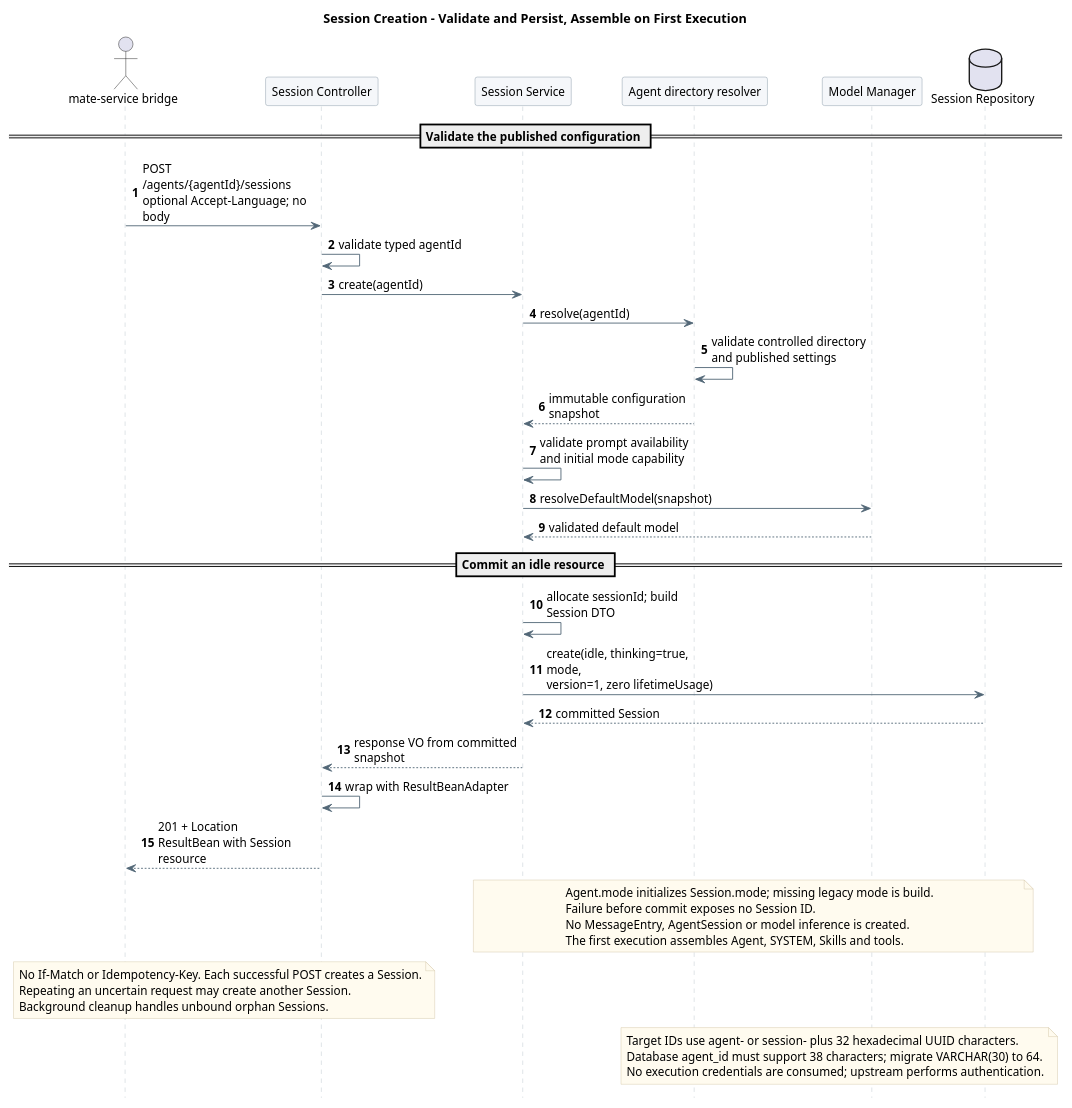
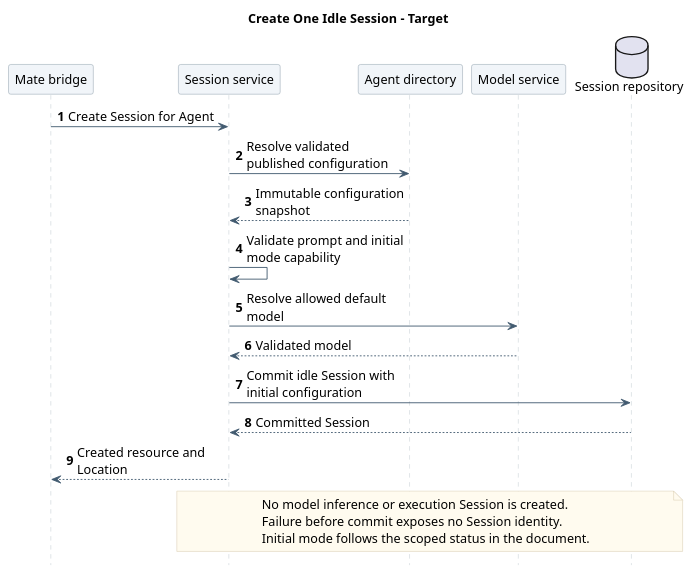
The first of 3 diagrams in 01-总体架构/01-CampusClaw多Agent运行时/设计图/会话生命周期/diagram.puml (ssm0808/pi-mono-java-design), drawn with PlantUML before and after one commit. The commit also changed other lines of this file and 120 other files, not shown here.

Commit message:
docs(diagrams): 统一全仓职责级时序图表达与校验

```diff
--- a/01-总体架构/01-CampusClaw多Agent运行时/设计图/会话生命周期/diagram.puml
+++ b/01-总体架构/01-CampusClaw多Agent运行时/设计图/会话生命周期/diagram.puml
@@ -1,89 +1,65 @@
 @startuml http_session_creation
-skinparam backgroundColor white
-skinparam defaultFontName SansSerif
-skinparam defaultFontSize 13
-skinparam shadowing false
-skinparam sequenceMessageAlign left
-skinparam maxMessageSize 190
-skinparam sequenceArrowColor #526777
-skinparam sequenceLifeLineBorderColor #BAC4CC
-skinparam sequenceParticipantBackgroundColor #F5F7FA
-skinparam sequenceParticipantBorderColor #8496A4
-skinparam sequenceGroupBackgroundColor #F5F7FA
-skinparam sequenceGroupBorderColor #BAC4CC
-skinparam noteBackgroundColor #FFFBEF
-skinparam noteBorderColor #D2C6A5
-hide footbox
-autonumber
 ' Source: pi-mono-java 09b32d8ea4a4b43b34be302d8b2745bdc417c9a2, modules/coding-agent-cli/src/main/java/com/campusclaw/codingagent/runtimeapi/session/RuntimeSessionService.java :: create/newSession; modules/coding-agent-cli/src/main/java/com/campusclaw/codingagent/runtime/AgentRuntimeManager.java :: prepare/refresh.
 ' Pending implementation: Agent mode is published through settings and copied on creation, never on recovery.
 ' Current scoped evidence: pi-mono-java f61906b9136246ca60f333704b6fc92b5420d0ec.
 ' campusclaw/src/main/java/com/huawei/hicampus/claw/codingagent/runtimeapi/session/RuntimeSessionService.java :: create, newSession.
 ' campusclaw/src/main/java/com/huawei/hicampus/claw/codingagent/runtimeapi/web/RuntimeSessionController.java :: create.
 ' Observed behavior at f61906b9: configuration and prompt availability are validated; idle thinking=true is persisted without AgentSession assembly.
 ' Pending implementation differences retained: copied Agent.mode and required plan capability follow the Plan Mode design.
-title Session Creation - Validate and Persist, Assemble on First Execution
-
 ' Source evidence (pi-mono-java PR 167 f60cc3e78bb8b700527ac082c7c8e10524ede095):
 ' modules/coding-agent-cli/src/main/java/com/campusclaw/codingagent/runtimeapi/session/RuntimeSessionService.java, create.
 ' modules/coding-agent-cli/src/main/java/com/campusclaw/codingagent/runtimeapi/agent/FileAgentDirectoryResolver.java, resolve.
 ' modules/coding-agent-cli/src/main/java/com/campusclaw/codingagent/runtimeapi/web/RuntimeSessionController.java, create.
 ' Source evidence (pi-mono-java 304eda06ff603fc9b6bbcaad0c296cc151a7defb):
 ' modules/coding-agent-cli/src/main/java/com/campusclaw/codingagent/runtimeapi/web/RuntimeSessionController.java, create.
 ' modules/coding-agent-cli/src/main/java/com/campusclaw/codingagent/runtimeapi/vo/CreateSessionResponseVO.java.
 ' Historical behavior at the recorded baseline: Java wire path and response still use agent_id and session_id.
 ' Observed behavior: settings chooses a default model candidate and the model manager validates it.
 ' Historical behavior at the recorded baseline: Java accepts agent_ plus 24 alphanumeric characters and persists thinking false.
 ' Observed behavior: RandomSessionIdGenerator.nextId returns 26 Crockford Base32 characters with no prefix.
 ' Architecture change: target Agent and Session IDs use a type prefix plus 32 hex UUID characters.
 ' Architecture change: target HTTP path and payload fields use lowerCamelCase while header names stay unchanged.
 ' Product constraint: successful target creation persists thinking true.
 ' Header evidence: pi-mono-java 53eff85c7f41de23eb434e027782f5085a8b8e45, modules/coding-agent-cli/src/main/java/com/campusclaw/codingagent/runtimeapi/web/RuntimeSessionController.java :: create; only request language is used.
 ' Observed behavior: creation persists an idle Session and does not initialize AgentSession or invoke a model.
 ' Architecture change: the materialized Session starts with zero lifetime Usage.
 ' Design reason: defer expensive runtime initialization until the first accepted user event.
+' Presentation: one responsibility-level scenario; implementation details remain in the linked document.
+skinparam backgroundColor white
+skinparam defaultFontName SansSerif
+skinparam defaultFontSize 14
+skinparam shadowing false
+skinparam sequenceMessageAlign left
+skinparam maxMessageSize 180
+skinparam sequenceArrowColor #425B70
+skinparam sequenceLifeLineBorderColor #BAC4CC
+skinparam sequenceParticipantBackgroundColor #F1F5F9
+skinparam sequenceParticipantBorderColor #8496A4
+skinparam sequenceGroupBackgroundColor #FAFBFC
+skinparam sequenceGroupBorderColor #BAC4CC
+skinparam noteBackgroundColor #FFFBEF
+skinparam noteBorderColor #D2C6A5
+hide footbox
+autonumber
 
-
-actor "mate-service bridge" as Mate
-participant "Session Controller" as API
-participant "Session Service" as Service
-participant "Agent directory resolver" as Resolver
-participant "Model Manager" as Models
-database "Session Repository" as Store
-
-== Validate the published configuration ==
-Mate -> API : POST /agents/{agentId}/sessions\noptional Accept-Language; no body
-API -> API : validate typed agentId
-API -> Service : create(agentId)
-Service -> Resolver : resolve(agentId)
-Resolver -> Resolver : validate controlled directory\nand published settings
-Resolver --> Service : immutable configuration snapshot
-Service -> Service : validate prompt availability\nand initial mode capability
-Service -> Models : resolveDefaultModel(snapshot)
-Models --> Service : validated default model
-
-== Commit an idle resource ==
-Service -> Service : allocate sessionId; build Session DTO
-Service -> Store : create(idle, thinking=true, mode,\nversion=1, zero lifetimeUsage)
-Store --> Service : committed Session
-Service --> API : response VO from committed snapshot
-API -> API : wrap with ResultBeanAdapter
-API --> Mate : 201 + Location\nResultBean with Session resource
-
+title Create One Idle Session - Target
+participant "Mate bridge" as Caller
+participant "Session service" as Service
+participant "Agent directory" as Directory
+participant "Model service" as Models
+database "Session repository" as Store
+Caller -> Service : Create Session for Agent
+Service -> Directory : Resolve validated published configuration
+Directory --> Service : Immutable configuration snapshot
+Service -> Service : Validate prompt and initial mode capability
+Service -> Models : Resolve allowed default model
+Models --> Service : Validated model
+Service -> Store : Commit idle Session with initial configuration
+Store --> Service : Committed Session
+Service --> Caller : Created resource and Location
 note over Service,Store
-  Agent.mode initializes Session.mode; missing legacy mode is build.
-  Failure before commit exposes no Session ID.
-  No MessageEntry, AgentSession or model inference is created.
-  The first execution assembles Agent, SYSTEM, Skills and tools.
-end note
-note over Mate,API
-  No If-Match or Idempotency-Key. Each successful POST creates a Session.
-  Repeating an uncertain request may create another Session.
-  Background cleanup handles unbound orphan Sessions.
-end note
-note over Resolver,Store
-  Target IDs use agent- or session- plus 32 hexadecimal UUID characters.
-  Database agent_id must support 38 characters; migrate VARCHAR(30) to 64.
-  No execution credentials are consumed; upstream performs authentication.
+  No model inference or execution Session is created.
+  Failure before commit exposes no Session identity.
+  Initial mode follows the scoped status in the document.
 end note
 @enduml
```
